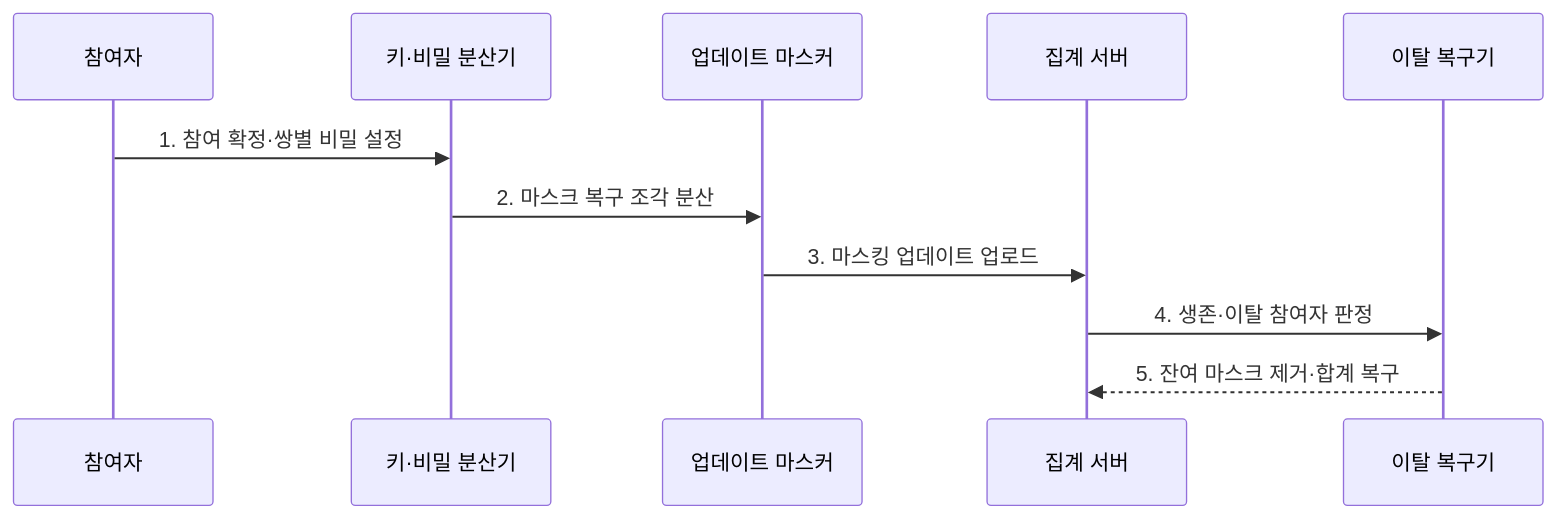
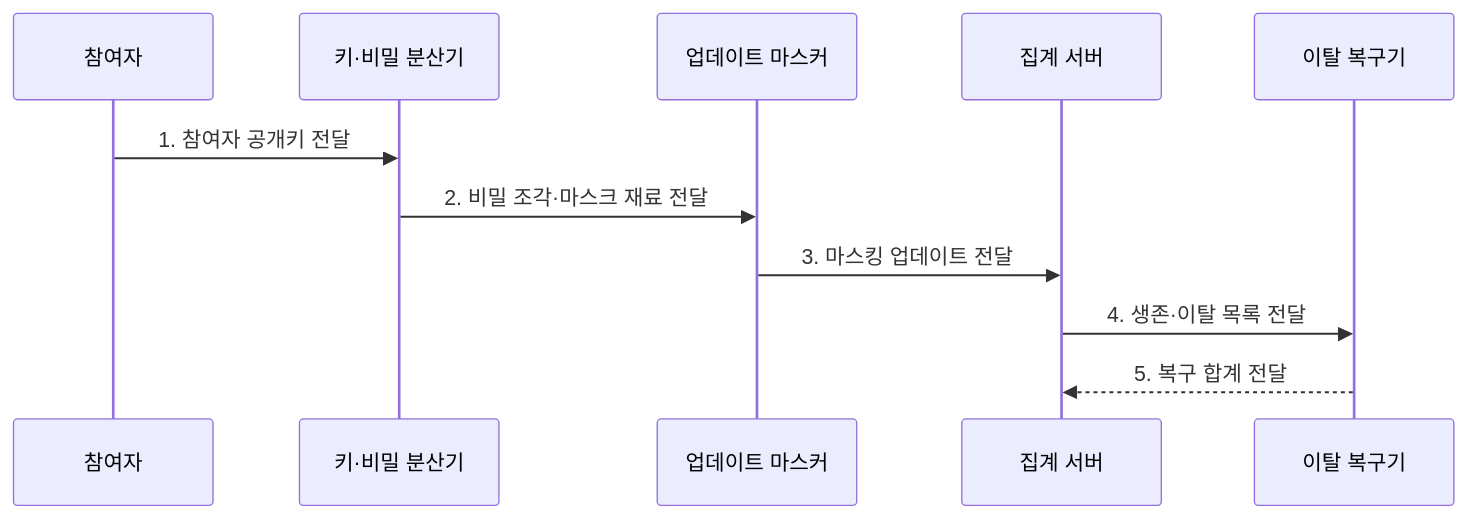
One commit to agnusdei1207/knowledge-base changed the second of 2 diagrams in src/content/docs/notes/08-latest-tech/112_secure_aggregation.md. Above: the diagram before and after it, drawn with Mermaid. The commit also changed other lines of this file and 225 other files, not shown here.

````diff
--- a/src/content/docs/notes/08-latest-tech/112_secure_aggregation.md
+++ b/src/content/docs/notes/08-latest-tech/112_secure_aggregation.md
@@ -76,13 +76,13 @@
 ```mermaid
 sequenceDiagram
     participant P as 참여자
     participant K as 키·비밀 분산기
     participant M as 업데이트 마스커
     participant S as 집계 서버
     participant R as 이탈 복구기
-    P->>K: 1. 참여 확정·쌍별 비밀 설정
-    K->>M: 2. 마스크 복구 조각 분산
-    M->>S: 3. 마스킹 업데이트 업로드
-    S->>R: 4. 생존·이탈 참여자 판정
-    R-->>S: 5. 잔여 마스크 제거·합계 복구
+    P->>K: 1. 참여자 공개키 전달
+    K->>M: 2. 비밀 조각·마스크 재료 전달
+    M->>S: 3. 마스킹 업데이트 전달
+    S->>R: 4. 생존·이탈 목록 전달
+    R-->>S: 5. 복구 합계 전달
 ```
````
